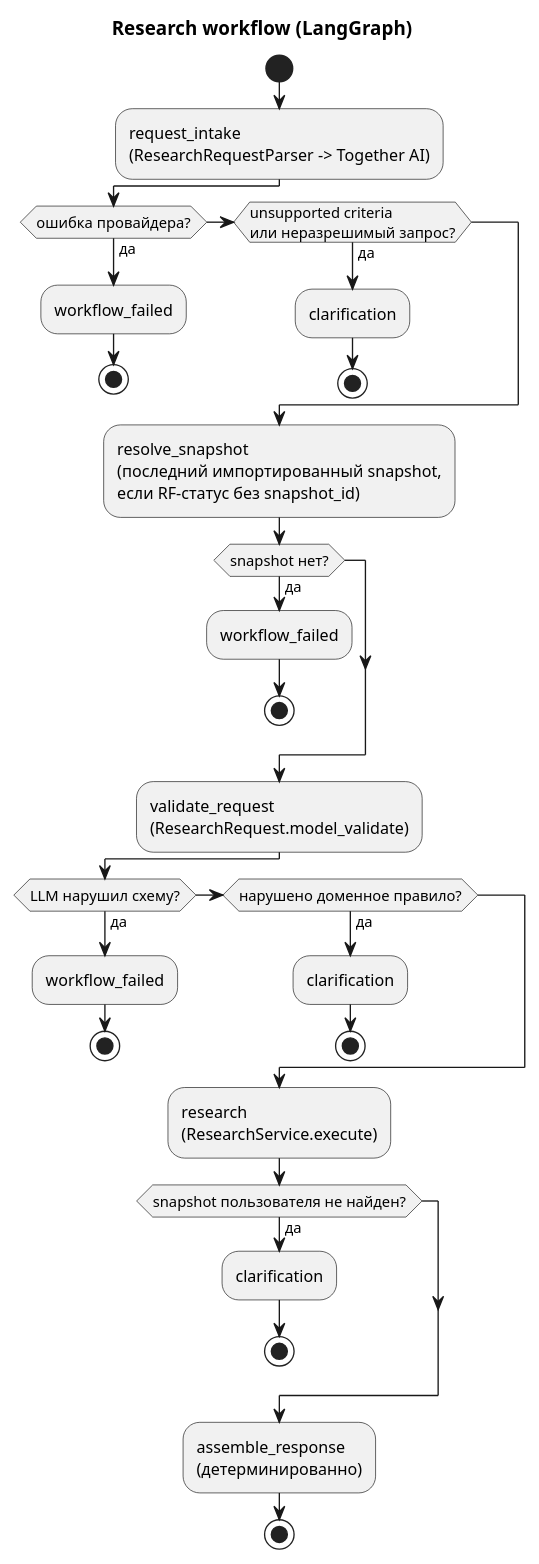
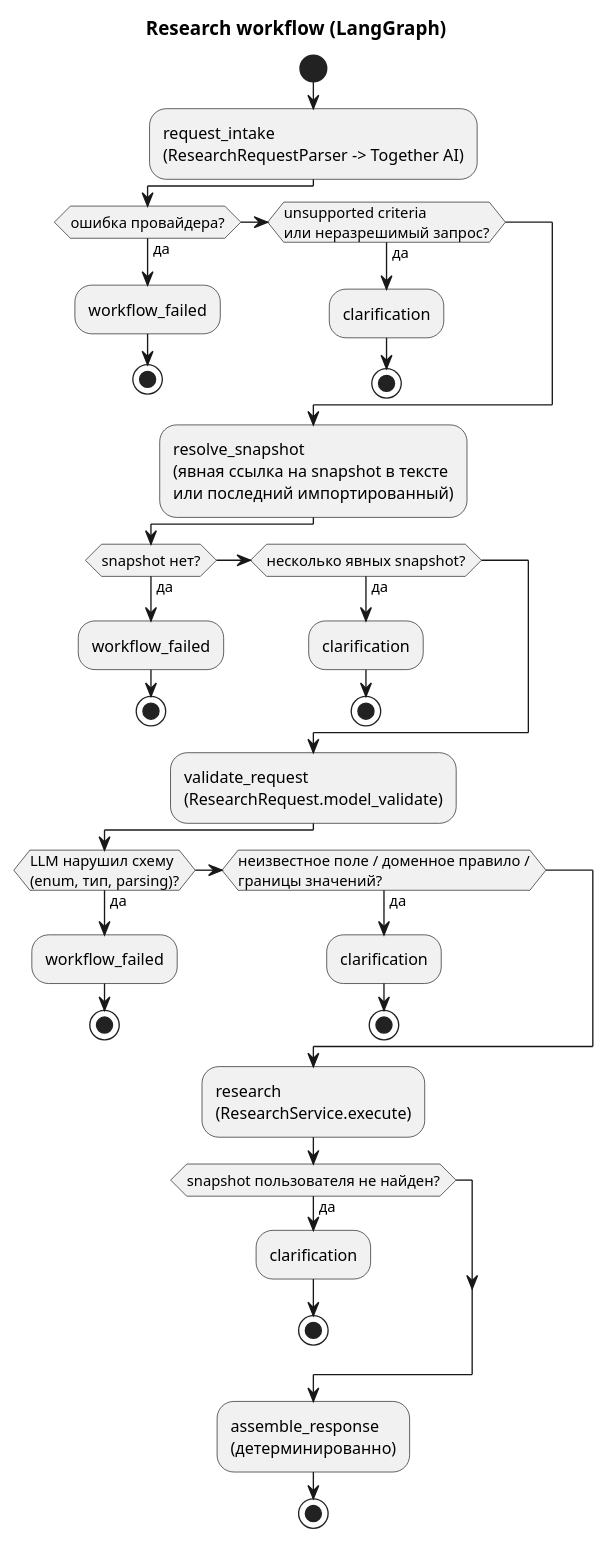
Before and after one commit to megannnn98/court-monitor: the diagram in docs/wiki/Research-Workflow.md, drawn with PlantUML. The commit also changed other lines of this file and 1 other file, not shown here.

First line of the commit message:
docs: describe explicit snapshot references and failure classification

````diff
--- a/docs/wiki/Research-Workflow.md
+++ b/docs/wiki/Research-Workflow.md
@@ -7,35 +7,38 @@
 ```plantuml
 @startuml
 title Research workflow (LangGraph)
 
 start
 :request_intake\n(ResearchRequestParser -> Together AI);
 if (ошибка провайдера?) then (да)
   :workflow_failed;
   stop
 elseif (unsupported criteria\nили неразрешимый запрос?) then (да)
   :clarification;
   stop
 endif
-:resolve_snapshot\n(последний импортированный snapshot,\nесли RF-статус без snapshot_id);
+:resolve_snapshot\n(явная ссылка на snapshot в тексте\nили последний импортированный);
 if (snapshot нет?) then (да)
   :workflow_failed;
   stop
+elseif (несколько явных snapshot?) then (да)
+  :clarification;
+  stop
 endif
 :validate_request\n(ResearchRequest.model_validate);
-if (LLM нарушил схему?) then (да)
+if (LLM нарушил схему\n(enum, тип, parsing)?) then (да)
   :workflow_failed;
   stop
-elseif (нарушено доменное правило?) then (да)
+elseif (неизвестное поле / доменное правило /\nграницы значений?) then (да)
   :clarification;
   stop
 endif
 :research\n(ResearchService.execute);
 if (snapshot пользователя не найден?) then (да)
   :clarification;
   stop
 endif
 :assemble_response\n(детерминированно);
 stop
 @enduml
 ```
````
